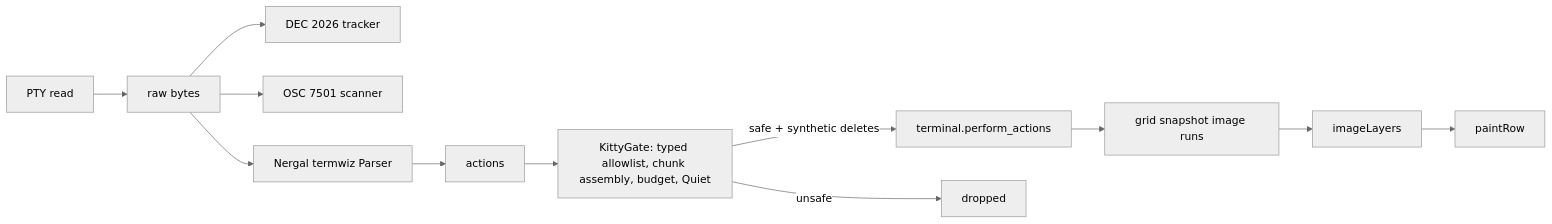
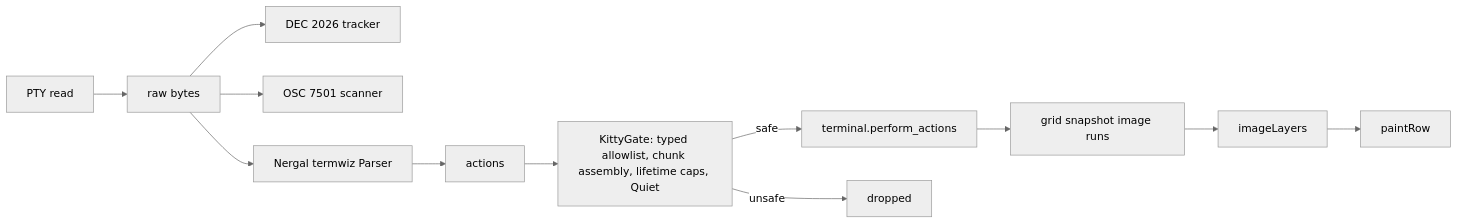
One commit to Mufdi/nergal changed the diagram in openspec/changes/kitty-graphics-canvas/design.md. Above: the diagram before and after it, drawn with Mermaid (neutral theme). The commit also changed other lines of this file and 4 other files, not shown here.

````diff
--- a/openspec/changes/kitty-graphics-canvas/design.md
+++ b/openspec/changes/kitty-graphics-canvas/design.md
@@ -54,14 +58,14 @@
 ```mermaid
 flowchart LR
   PTY[PTY read] --> RAW[raw bytes]
   RAW --> SYNC[DEC 2026 tracker]
   RAW --> OSC[OSC 7501 scanner]
   RAW --> P[Nergal termwiz Parser]
   P --> A[actions]
-  A --> G[KittyGate: typed allowlist, chunk assembly, budget, Quiet]
-  G -->|safe + synthetic deletes| PA[terminal.perform_actions]
+  A --> G[KittyGate: typed allowlist, chunk assembly, lifetime caps, Quiet]
+  G -->|safe| PA[terminal.perform_actions]
   G -->|unsafe| DROP[dropped]
   PA --> SNAP[grid snapshot image runs]
   SNAP --> L[imageLayers]
   L --> CANVAS[paintRow]
 ```
````
